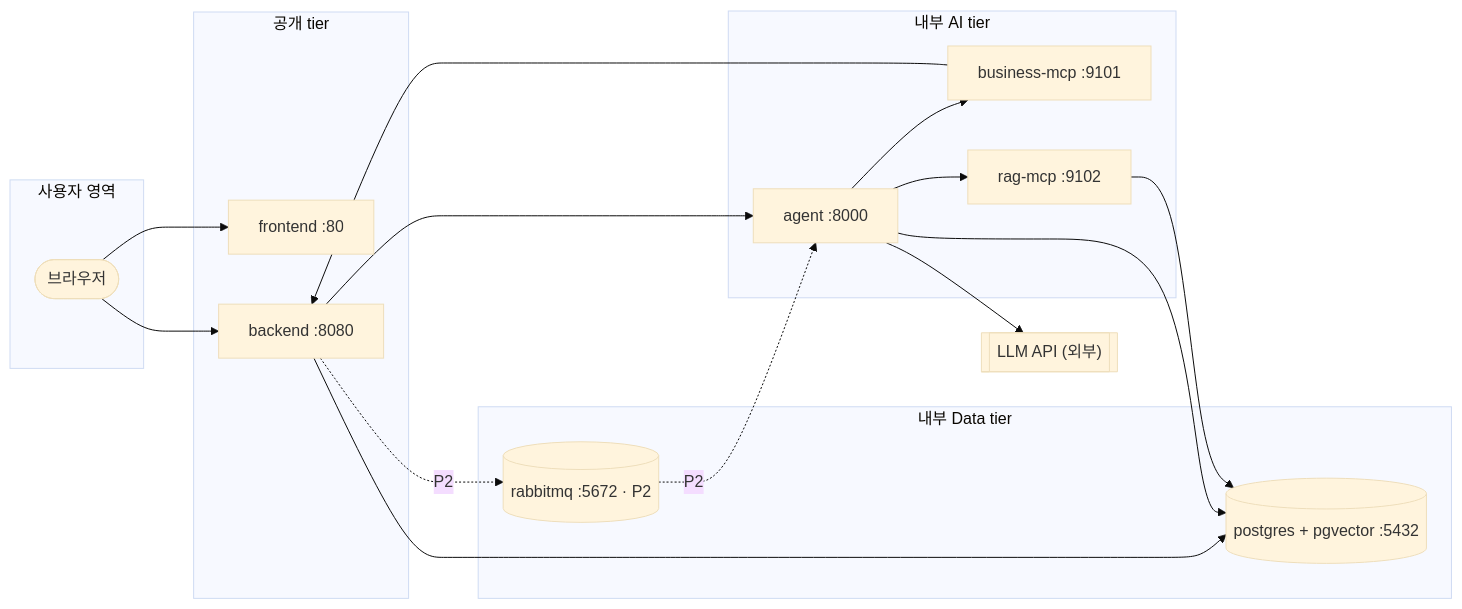
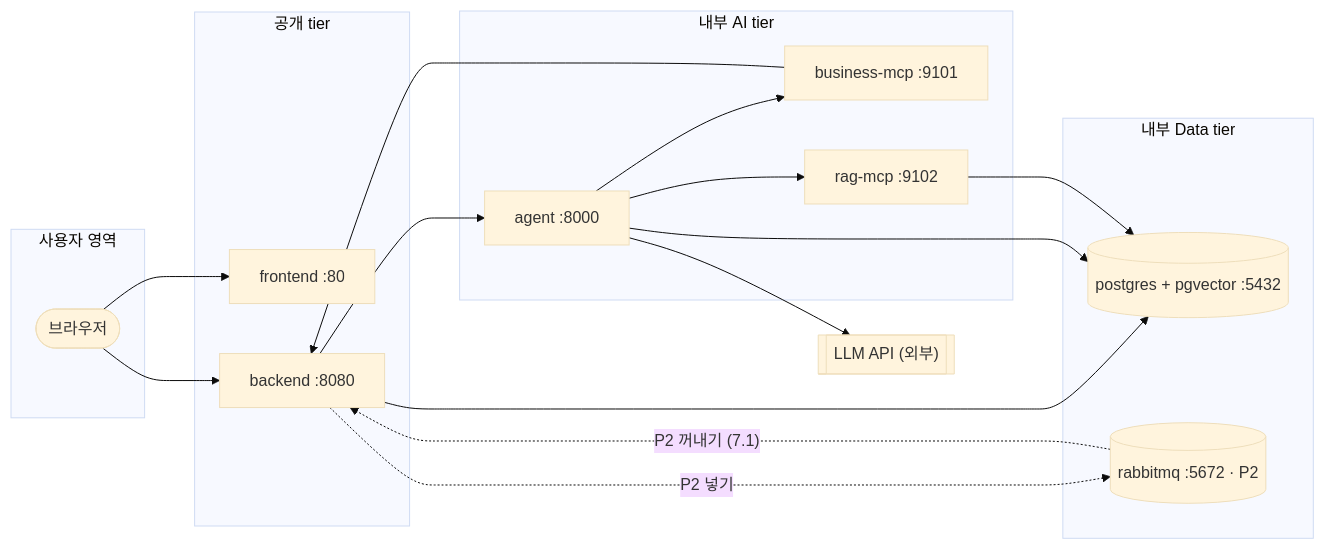
Before and after one commit to skala2-bom/ai-agent-capstone: the sixth of 7 diagrams in docs/BOM_Agent_아키텍처.md, drawn with Mermaid (base theme). The commit also changed other lines of this file and 12 other files, not shown here.

````diff
--- a/docs/BOM_Agent_아키텍처.md
+++ b/docs/BOM_Agent_아키텍처.md
@@ -471,33 +508,33 @@
 ```mermaid
 flowchart LR
     subgraph USER["사용자 영역"]
         BR([브라우저])
     end
     subgraph PUB["공개 tier"]
         FE["frontend :80"]
         BE["backend :8080"]
     end
     subgraph AI["내부 AI tier"]
         AG["agent :8000"]
         BM["business-mcp :9101"]
         RM["rag-mcp :9102"]
     end
     subgraph DATA["내부 Data tier"]
         DB[("postgres + pgvector :5432")]
         MQ[("rabbitmq :5672 · P2")]
     end
     EXT[["LLM API (외부)"]]
 
     BR --> FE
     BR --> BE
     BE --> AG
     AG --> BM
     AG --> RM
     BM --> BE
     BE --> DB
     AG --> DB
     RM --> DB
     AG --> EXT
-    BE -. P2 .-> MQ
-    MQ -. P2 .-> AG
+    BE -. "P2 넣기" .-> MQ
+    MQ -. "P2 꺼내기 (7.1)" .-> BE
 ```
````
